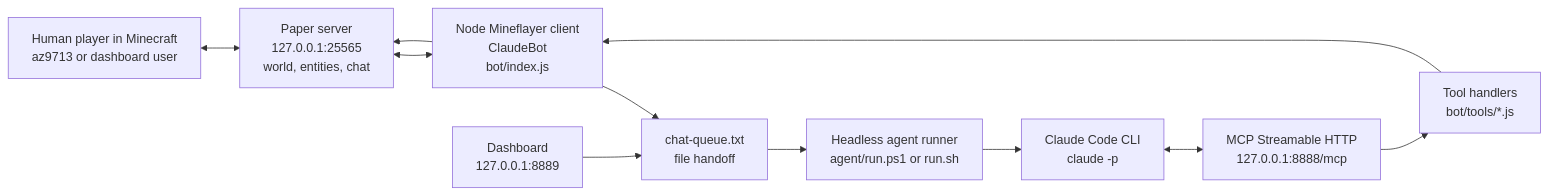
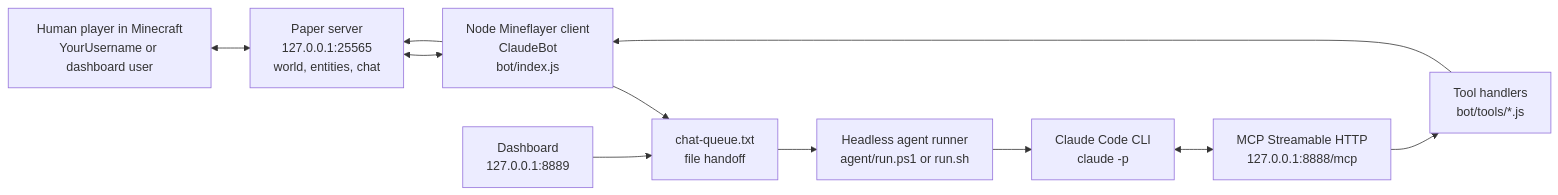
Before and after one commit to az9713/claude-in-minecraft: the diagram in codex_docs/MINECRAFT_CLAUDE_CODE_ANATOMY.md, drawn with Mermaid. The commit also changed other lines of this file and 8 other files, not shown here.

````diff
--- a/codex_docs/MINECRAFT_CLAUDE_CODE_ANATOMY.md
+++ b/codex_docs/MINECRAFT_CLAUDE_CODE_ANATOMY.md
@@ -38,23 +38,23 @@
 ```mermaid
 flowchart LR
-    Human["Human player in Minecraft<br/>az9713 or dashboard user"]
+    Human["Human player in Minecraft<br/>YourUsername or dashboard user"]
     Paper["Paper server<br/>127.0.0.1:25565<br/>world, entities, chat"]
     Bot["Node Mineflayer client<br/>ClaudeBot<br/>bot/index.js"]
     Queue["chat-queue.txt<br/>file handoff"]
     Runner["Headless agent runner<br/>agent/run.ps1 or run.sh"]
     Claude["Claude Code CLI<br/>claude -p"]
     MCP["MCP Streamable HTTP<br/>127.0.0.1:8888/mcp"]
     Tools["Tool handlers<br/>bot/tools/*.js"]
     Dashboard["Dashboard<br/>127.0.0.1:8889"]
 
     Human <--> Paper
     Paper <--> Bot
     Bot --> Queue
     Dashboard --> Queue
     Queue --> Runner
     Runner --> Claude
     Claude <--> MCP
     MCP --> Tools
     Tools --> Bot
     Bot --> Paper
 ```
````
